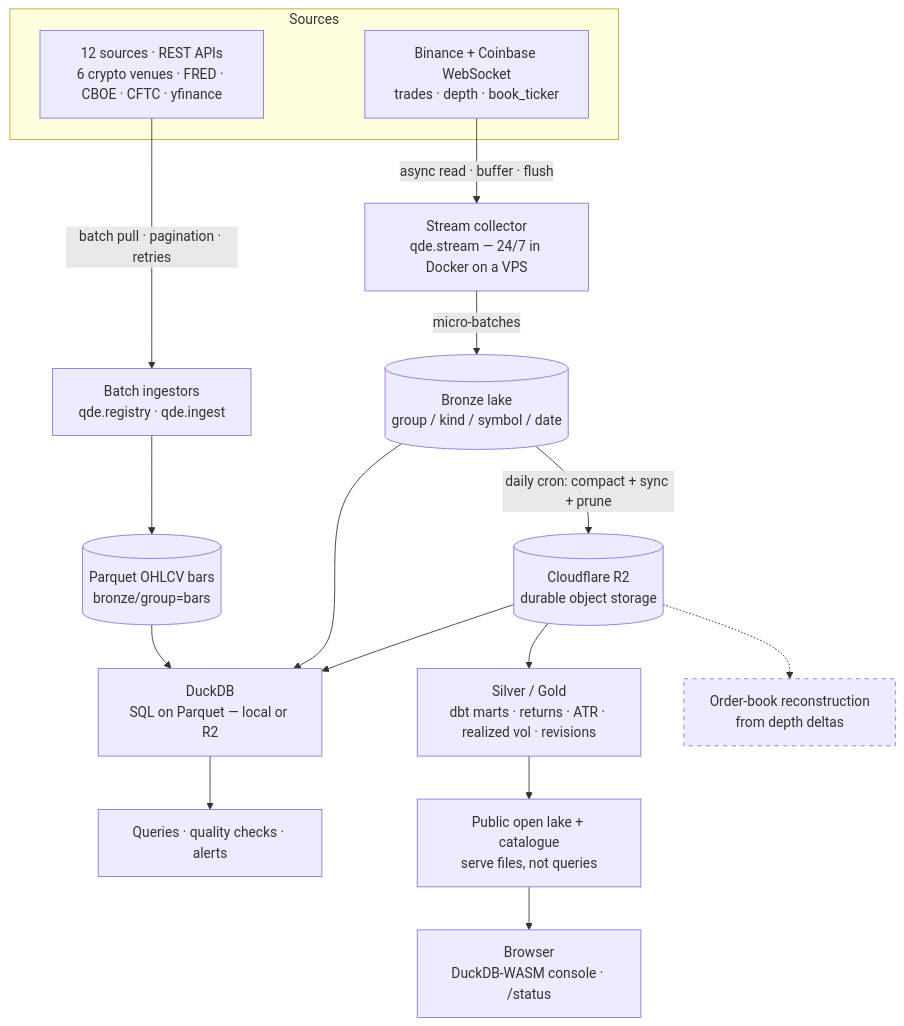
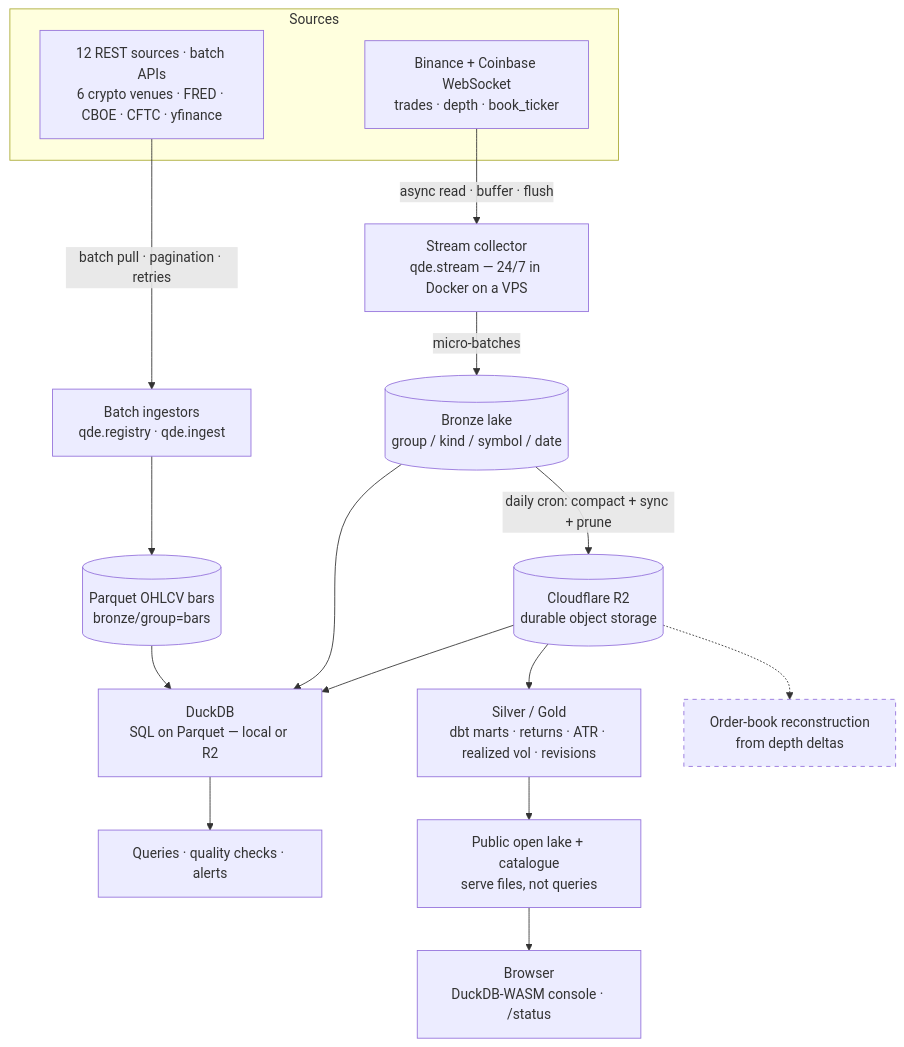
Before and after one commit to s02minu/quant-data-engine: the diagram in README.md, drawn with Mermaid. The commit also changed 17 other files, not shown here.

````diff
--- a/README.md
+++ b/README.md
@@ -21,29 +21,29 @@
 ```mermaid
 flowchart TD
     subgraph SRC["Sources"]
-      REST["12 sources · REST APIs<br/>6 crypto venues · FRED · CBOE · CFTC · yfinance"]
+      REST["12 REST sources · batch APIs<br/>6 crypto venues · FRED · CBOE · CFTC · yfinance"]
       WS["Binance + Coinbase WebSocket<br/>trades · depth · book_ticker"]
     end
 
     REST -->|"batch pull · pagination · retries"| BL["Batch ingestors<br/>qde.registry · qde.ingest"]
     WS -->|"async read · buffer · flush"| SC["Stream collector<br/>qde.stream — 24/7 in Docker on a VPS"]
 
     BL --> BARS[("Parquet OHLCV bars<br/>bronze/group=bars")]
     SC -->|"micro-batches"| BRONZE[("Bronze lake<br/>group / kind / symbol / date")]
 
     BRONZE -->|"daily cron: compact + sync + prune"| R2[("Cloudflare R2<br/>durable object storage")]
 
     BARS --> DUCK["DuckDB<br/>SQL on Parquet — local or R2"]
     BRONZE --> DUCK
     R2 --> DUCK
     DUCK --> OUT["Queries · quality checks · alerts"]
 
     R2 --> SILVER["Silver / Gold<br/>dbt marts · returns · ATR · realized vol · revisions"]
     SILVER --> PUB["Public open lake + catalogue<br/>serve files, not queries"]
     PUB --> WEB["Browser<br/>DuckDB-WASM console · /status"]
 
     R2 -.-> BOOK["Order-book reconstruction<br/>from depth deltas"]
 
     classDef planned stroke-dasharray:5 5;
     class BOOK planned;
 ```
````
